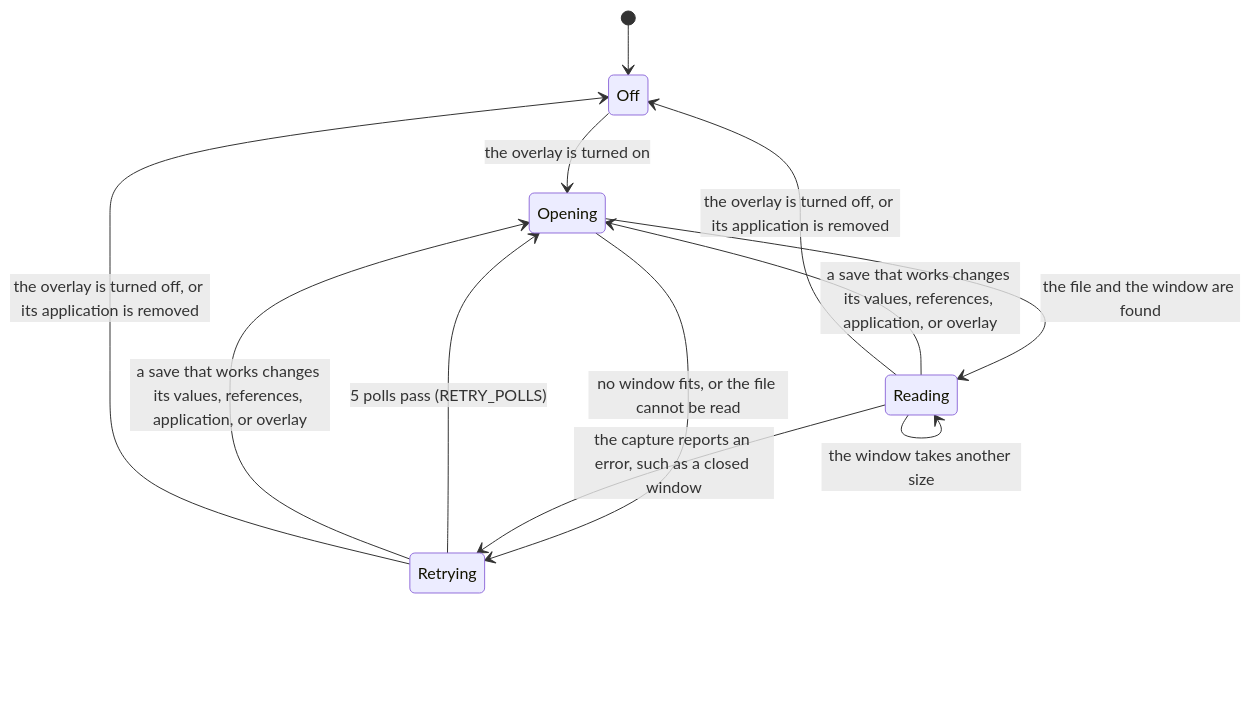
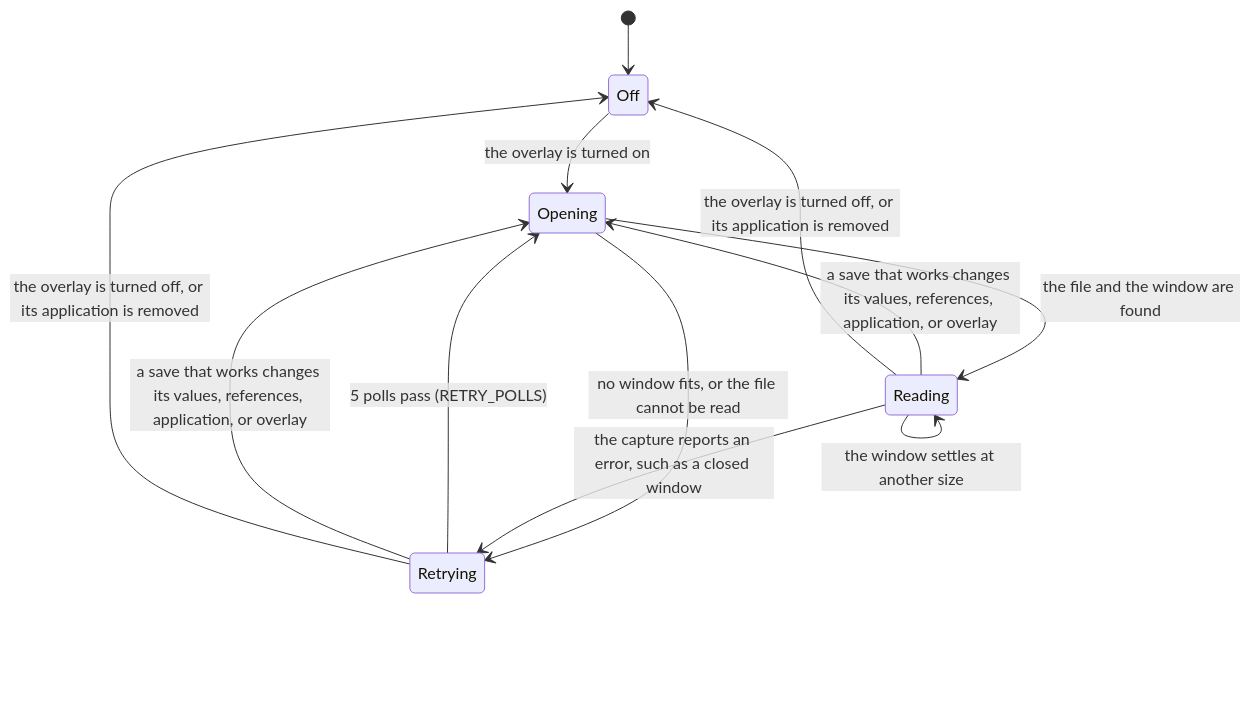
One commit to TheLunchTrae/appy-tappy changed diagram 19 of 19 in wiki/State-machines.md. Above: the diagram before and after it, drawn with Mermaid. The commit also changed other lines of this file and 61 other files, not shown here.

Commit message:
Read screen values at any window size (#197)

````diff
--- a/wiki/State-machines.md
+++ b/wiki/State-machines.md
@@ -744,14 +801,14 @@
 ```mermaid
 stateDiagram-v2
     [*] --> Off
     Off --> Opening: the overlay is turned on
     Opening --> Reading: the file and the window are found
     Opening --> Retrying: no window fits, or the file cannot be read
     Retrying --> Opening: 5 polls pass (RETRY_POLLS)
     Reading --> Retrying: the capture reports an error, such as a closed window
-    Reading --> Reading: the window takes another size
+    Reading --> Reading: the window settles at another size
     Reading --> Opening: a save that works changes its values, references, application, or overlay
     Retrying --> Opening: a save that works changes its values, references, application, or overlay
     Reading --> Off: the overlay is turned off, or its application is removed
     Retrying --> Off: the overlay is turned off, or its application is removed
 ```
````
